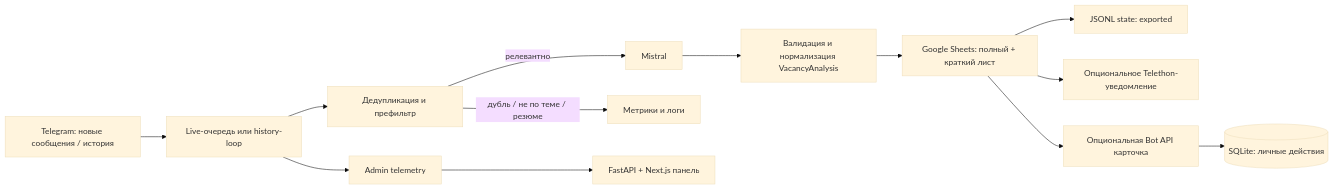
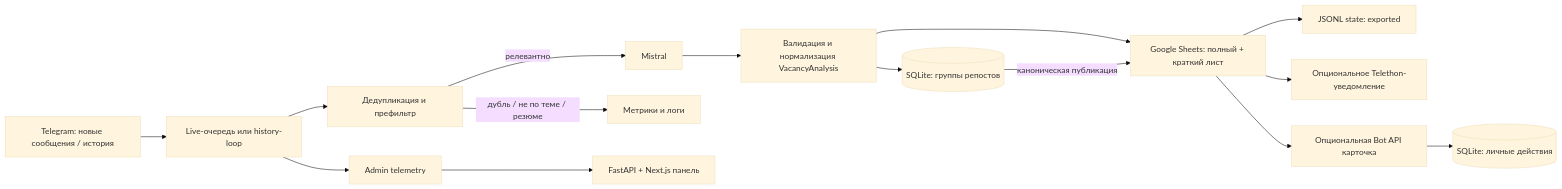
One commit to mmmakskl/dev-job-radar changed the diagram in docs/current-product-state.md. Above: the diagram before and after it, drawn with Mermaid (base theme). The commit also changed other lines of this file and 21 other files, not shown here.

````diff
--- a/docs/current-product-state.md
+++ b/docs/current-product-state.md
@@ -69,15 +72,17 @@
 ```mermaid
 flowchart LR
   TG[Telegram: новые сообщения / история] --> Q[Live-очередь или history-loop]
   Q --> F[Дедупликация и префильтр]
   F -->|релевантно| LLM[Mistral]
   F -->|дубль / не по теме / резюме| M[Метрики и логи]
   LLM --> S[Валидация и нормализация VacancyAnalysis]
   S --> GS[Google Sheets: полный + краткий лист]
   GS --> D[JSONL state: exported]
   GS --> N[Опциональное Telethon-уведомление]
   GS --> B[Опциональная Bot API карточка]
   B --> DB[(SQLite: личные действия)]
+  S --> G[(SQLite: группы репостов)]
+  G -->|каноническая публикация| GS
   Q --> A[Admin telemetry]
   A --> UI[FastAPI + Next.js панель]
 ```
````
